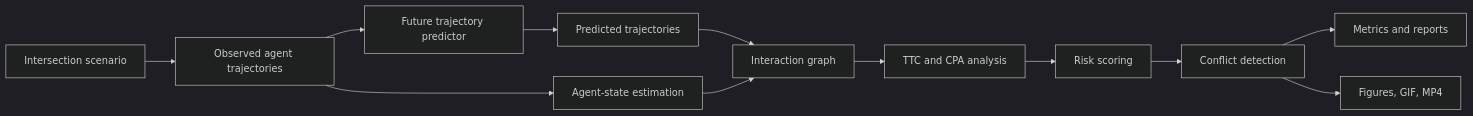
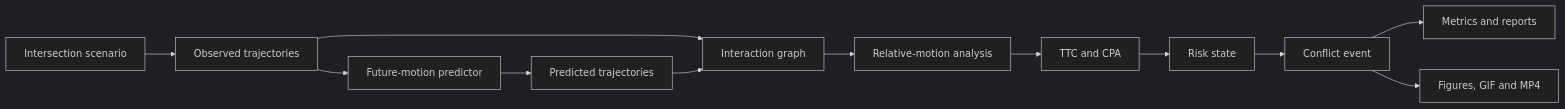
Before and after one commit to panagiotagrosdouli/SafeCrossAI: the diagram in README.md, drawn with Mermaid (dark theme). The commit also changed other lines of this file, not shown here.

````diff
--- a/README.md
+++ b/README.md
@@ -45,14 +93,14 @@
 ```mermaid
 flowchart LR
-    A[Intersection scenario] --> B[Observed agent trajectories]
-    B --> C[Future trajectory predictor]
-    C --> D[Predicted trajectories]
-    B --> E[Agent-state estimation]
-    D --> F[Interaction graph]
-    E --> F
-    F --> G[TTC and CPA analysis]
-    G --> H[Risk scoring]
-    H --> I[Conflict detection]
-    I --> J[Metrics and reports]
-    I --> K[Figures, GIF, MP4]
+    S[Intersection scenario] --> O[Observed trajectories]
+    O --> P[Future-motion predictor]
+    P --> F[Predicted trajectories]
+    O --> G[Interaction graph]
+    F --> G
+    G --> R[Relative-motion analysis]
+    R --> T[TTC and CPA]
+    T --> K[Risk state]
+    K --> C[Conflict event]
+    C --> M[Metrics and reports]
+    C --> V[Figures, GIF and MP4]
 ```
````
